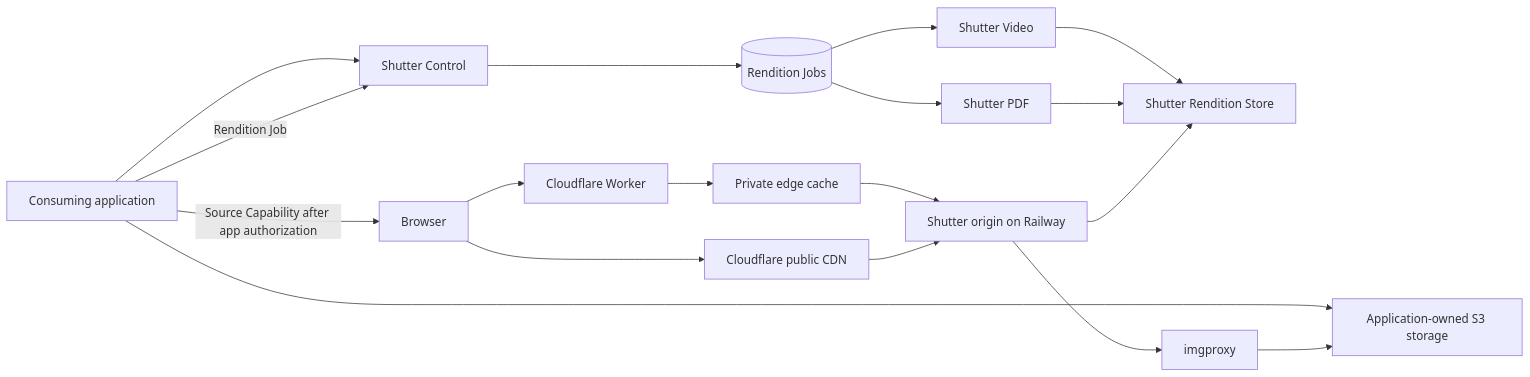
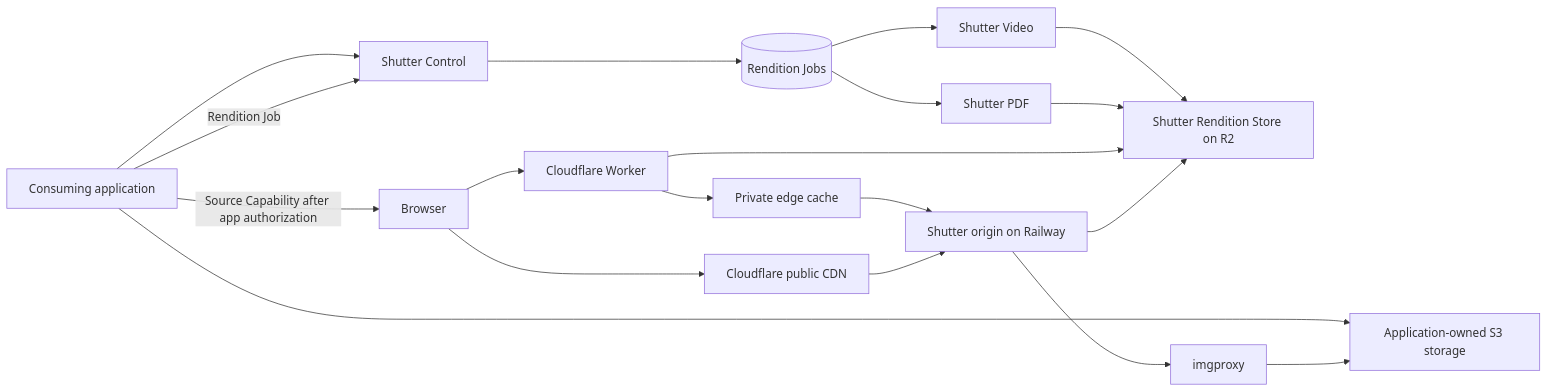
Before and after one commit to Traydr/shutter: the diagram in docs/architecture.md, drawn with Mermaid. The commit also changed other lines of this file and 17 other files, not shown here.

````diff
--- a/docs/architecture.md
+++ b/docs/architecture.md
@@ -13,19 +13,20 @@
 ```mermaid
 flowchart LR
   app["Consuming application"] --> control["Shutter Control"]
   app --> source["Application-owned S3 storage"]
   app -->|"Rendition Job"| control
   control --> jobs[("Rendition Jobs")]
   jobs --> video["Shutter Video"]
   jobs --> pdf["Shutter PDF"]
-  video --> derived["Shutter Rendition Store"]
+  video --> derived["Shutter Rendition Store on R2"]
   pdf --> derived
   browser["Browser"] --> worker["Cloudflare Worker"]
   worker --> privateCache["Private edge cache"]
   browser --> publicCache["Cloudflare public CDN"]
   privateCache --> origin["Shutter origin on Railway"]
   publicCache --> origin
   origin --> image["imgproxy"] --> source
+  worker --> derived
   origin --> derived
   app -->|"Source Capability after app authorization"| browser
 ```
````
